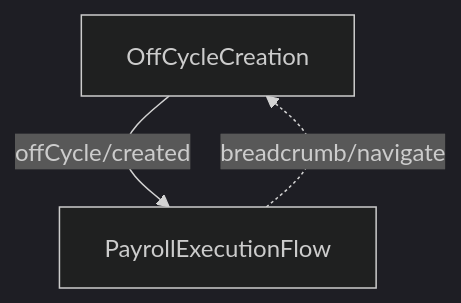
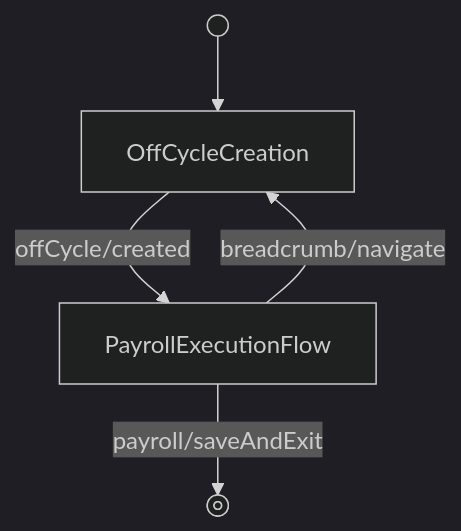
Before and after one commit to Gusto/embedded-react-sdk: the diagram in docs/reference/payroll/off-cycle-flow.md, drawn with Mermaid (dark theme). The commit also changed other lines of this file and 5 other files, not shown here.

First line of the commit message:
docs(payroll): model entry condition + save-and-exit in off-cycle/dismissal/transition diagrams

````diff
--- a/docs/reference/payroll/off-cycle-flow.md
+++ b/docs/reference/payroll/off-cycle-flow.md
@@ -68,5 +68,8 @@
 ```mermaid
 flowchart
-  CreateOffCyclePayroll["OffCycleCreation"] -->|"offCycle/created"| Execution["PayrollExecutionFlow"]
-  Execution -.->|"breadcrumb/navigate"| CreateOffCyclePayroll
+  start@{ shape: sm-circ } --> CreateOffCyclePayroll["OffCycleCreation"]
+  CreateOffCyclePayroll -->|"offCycle/created"| Execution["PayrollExecutionFlow"]
+  Execution -->|"breadcrumb/navigate"| CreateOffCyclePayroll
+  Execution -->|"payroll/saveAndExit"| done@{ shape: fr-circ, label: " " }
+  class Execution flow
 ```
````
